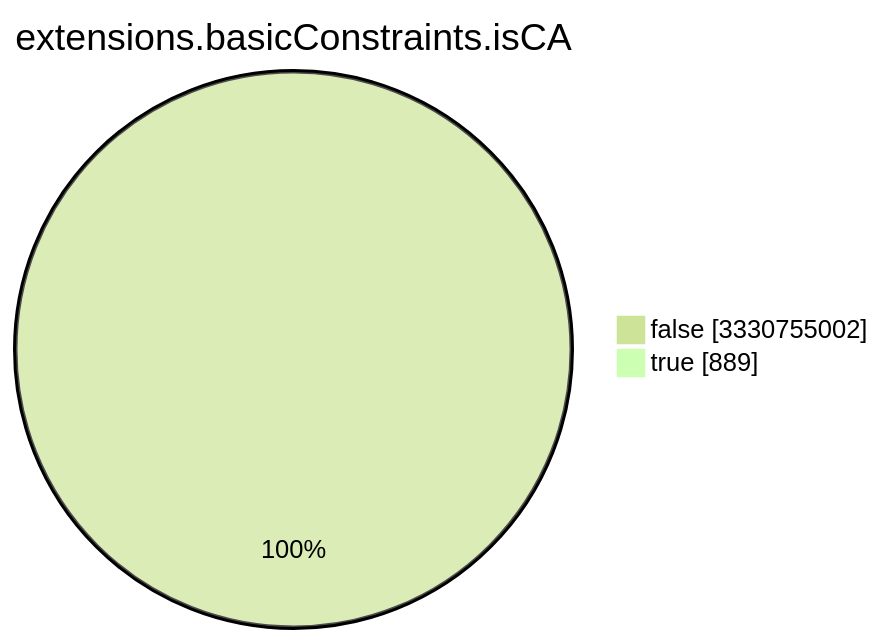
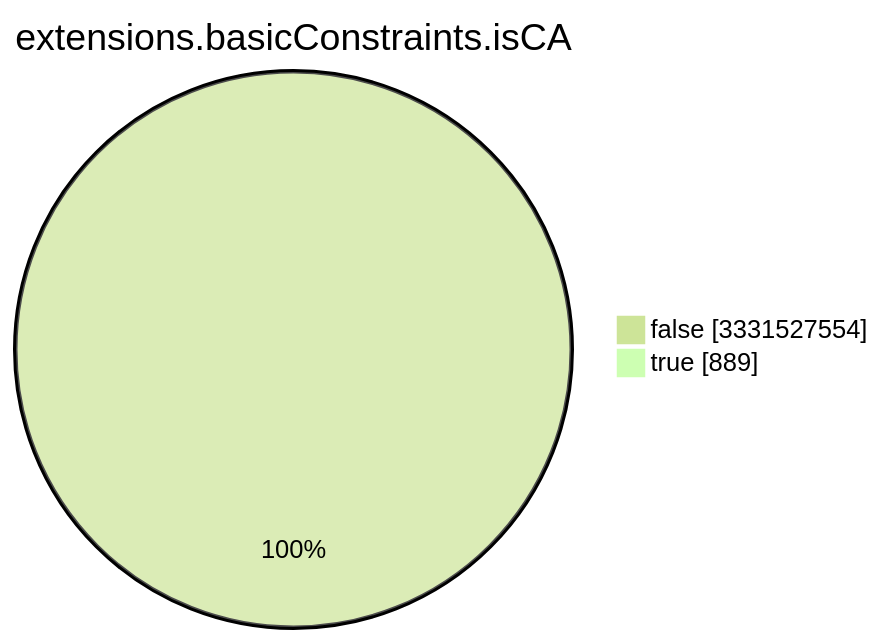
Before and after one commit to christiankrug/ctmonitor_visualization: the seventh of 15 diagrams in TOTAL/README.md, drawn with Mermaid (forest theme). The commit also changed other lines of this file, not shown here.

````diff
--- a/TOTAL/README.md
+++ b/TOTAL/README.md
@@ -3089,6 +3089,6 @@
 ```mermaid
 pie showData
 title extensions.basicConstraints.isCA
-"false" :3330755002
+"false" :3331527554
 "true" :889
 ```
````
